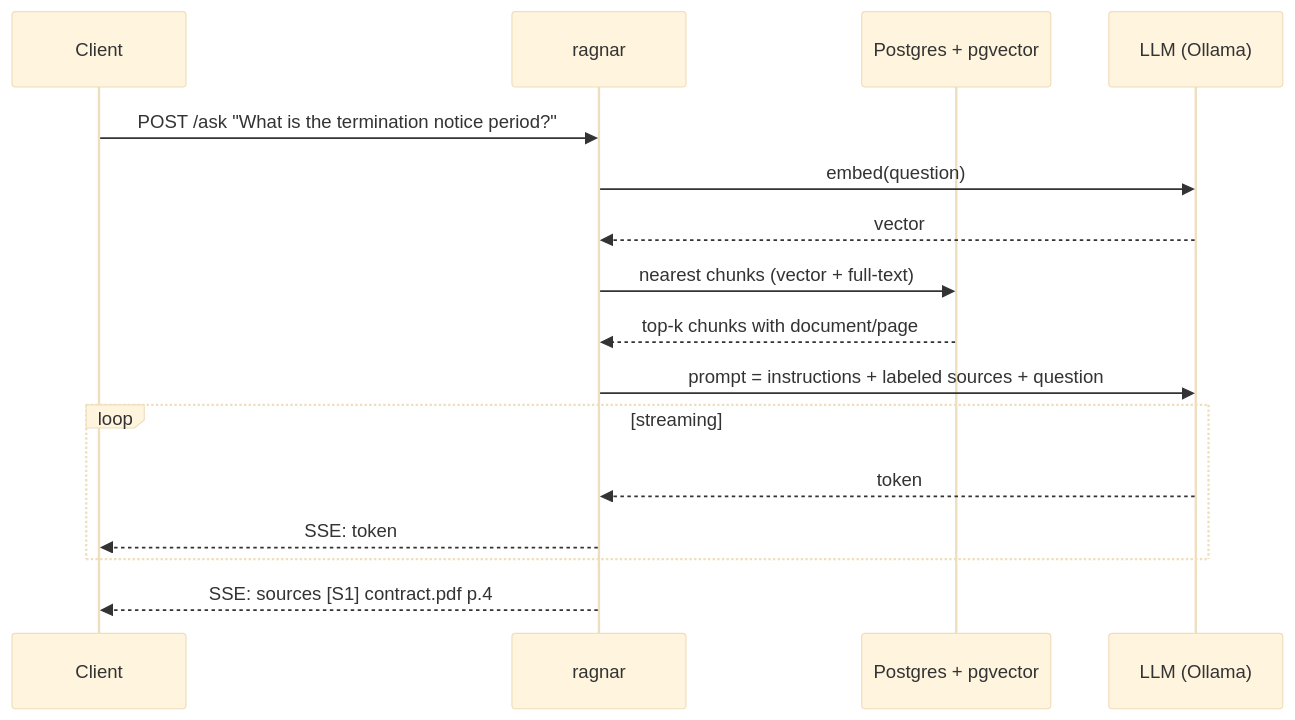
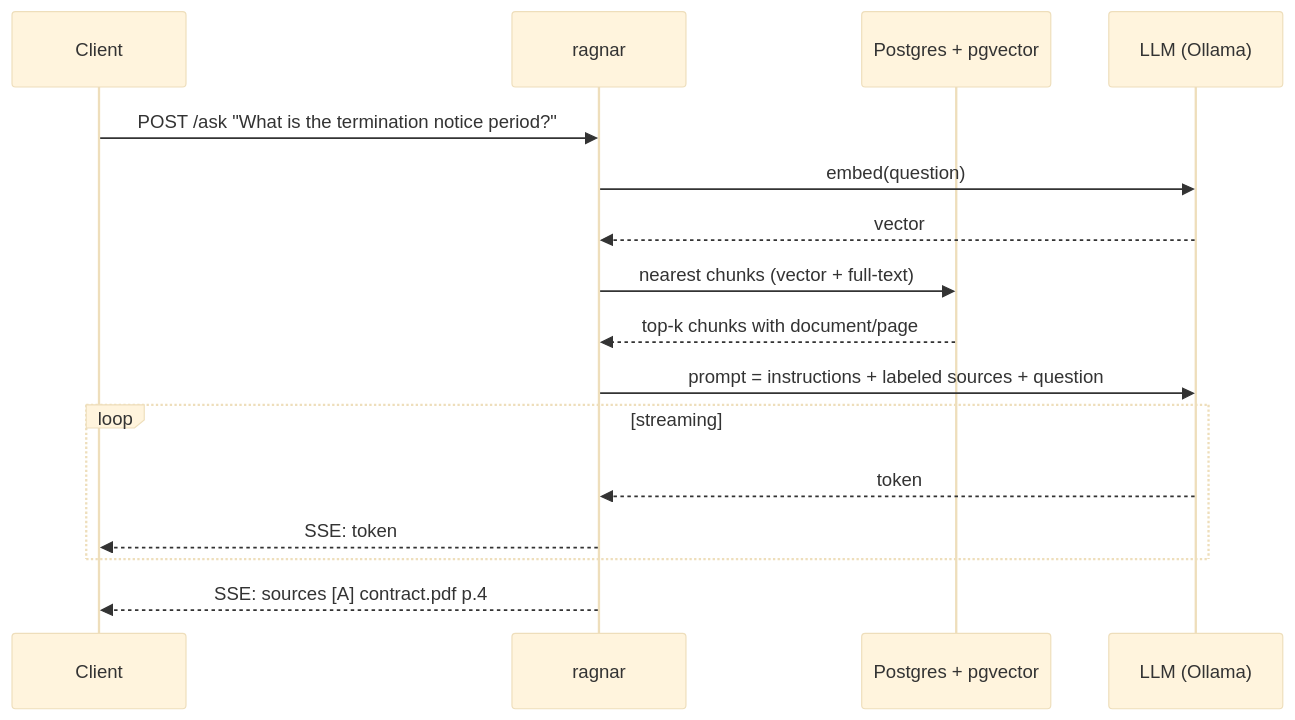
The second of 2 diagrams in README.md (ihsanguldur/ragnar), drawn with Mermaid (base theme) before and after one commit. The commit also changed 5 other files, not shown here.

````diff
--- a/README.md
+++ b/README.md
@@ -22,19 +22,19 @@
 ```mermaid
 sequenceDiagram
     participant C as Client
     participant S as ragnar
     participant DB as Postgres + pgvector
     participant L as LLM (Ollama)
 
     C->>S: POST /ask "What is the termination notice period?"
     S->>L: embed(question)
     L-->>S: vector
     S->>DB: nearest chunks (vector + full-text)
     DB-->>S: top-k chunks with document/page
     S->>L: prompt = instructions + labeled sources + question
     loop streaming
         L-->>S: token
         S-->>C: SSE: token
     end
-    S-->>C: SSE: sources [S1] contract.pdf p.4
+    S-->>C: SSE: sources [A] contract.pdf p.4
 ```
````
